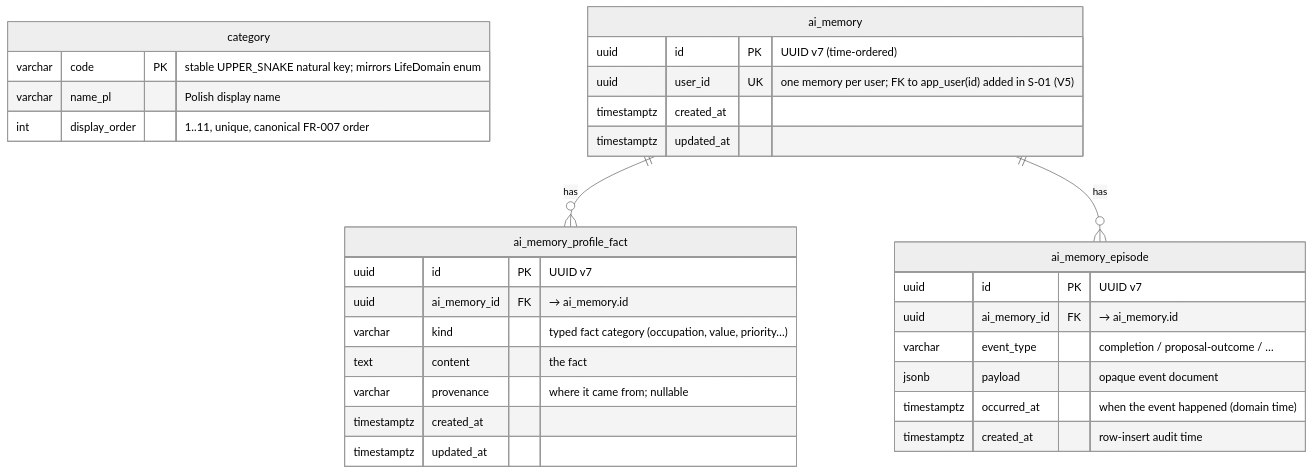
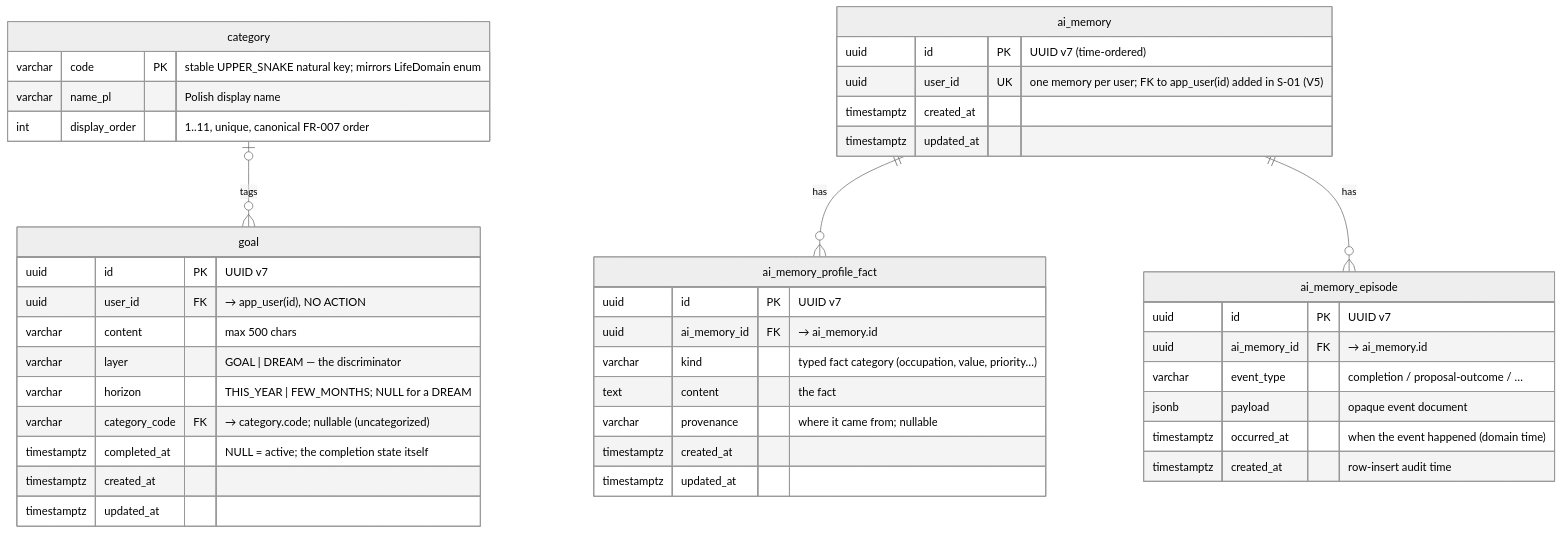
One commit to TheDariusz/2doai changed the diagram in context/foundation/data-model.md. Above: the diagram before and after it, drawn with Mermaid (neutral theme). The commit also changed other lines of this file and 38 other files, not shown here.

````diff
--- a/context/foundation/data-model.md
+++ b/context/foundation/data-model.md
@@ -10,35 +10,49 @@
 ```mermaid
 erDiagram
     category {
         varchar code PK "stable UPPER_SNAKE natural key; mirrors LifeDomain enum"
         varchar name_pl "Polish display name"
         int display_order "1..11, unique, canonical FR-007 order"
     }
 
     ai_memory ||--o{ ai_memory_profile_fact : has
     ai_memory ||--o{ ai_memory_episode : has
 
     ai_memory {
         uuid id PK "UUID v7 (time-ordered)"
         uuid user_id UK "one memory per user; FK to app_user(id) added in S-01 (V5)"
         timestamptz created_at
         timestamptz updated_at
     }
     ai_memory_profile_fact {
         uuid id PK "UUID v7"
         uuid ai_memory_id FK "→ ai_memory.id"
         varchar kind "typed fact category (occupation, value, priority…)"
         text content "the fact"
         varchar provenance "where it came from; nullable"
         timestamptz created_at
         timestamptz updated_at
     }
     ai_memory_episode {
         uuid id PK "UUID v7"
         uuid ai_memory_id FK "→ ai_memory.id"
         varchar event_type "completion / proposal-outcome / …"
         jsonb payload "opaque event document"
         timestamptz occurred_at "when the event happened (domain time)"
         timestamptz created_at "row-insert audit time"
     }
+
+    category |o--o{ goal : "tags"
+
+    goal {
+        uuid id PK "UUID v7"
+        uuid user_id FK "→ app_user(id), NO ACTION"
+        varchar content "max 500 chars"
+        varchar layer "GOAL | DREAM — the discriminator"
+        varchar horizon "THIS_YEAR | FEW_MONTHS; NULL for a DREAM"
+        varchar category_code FK "→ category.code; nullable (uncategorized)"
+        timestamptz completed_at "NULL = active; the completion state itself"
+        timestamptz created_at
+        timestamptz updated_at
+    }
 ```
````
